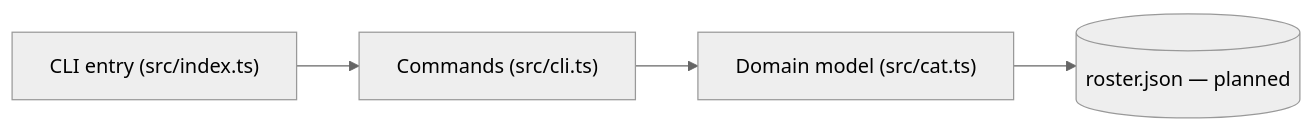
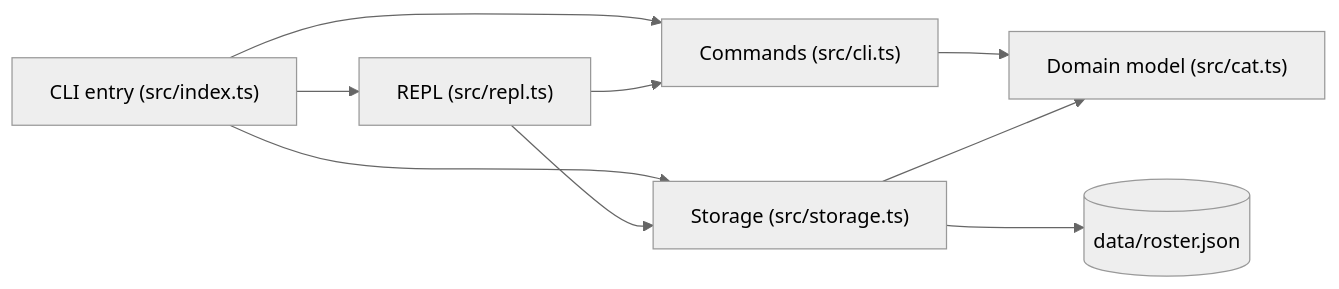
Before and after one commit to cwhiterite/cat-roster: the first of 3 diagrams in docs/architecture.md, drawn with Mermaid (neutral theme). The commit also changed other lines of this file and 3 other files, not shown here.

````diff
--- a/docs/architecture.md
+++ b/docs/architecture.md
@@ -17,6 +18,11 @@
 ```mermaid
 flowchart LR
-    CLI["CLI entry (src/index.ts)"] --> CMD["Commands (src/cli.ts)"]
+    CLI["CLI entry (src/index.ts)"] --> REPL["REPL (src/repl.ts)"]
+    CLI --> CMD["Commands (src/cli.ts)"]
+    REPL --> CMD
     CMD --> DOM["Domain model (src/cat.ts)"]
-    DOM --> FILE[("roster.json — planned")]
+    CLI --> STORE["Storage (src/storage.ts)"]
+    REPL --> STORE
+    STORE --> DOM
+    STORE --> FILE[("data/roster.json")]
 ```
````
